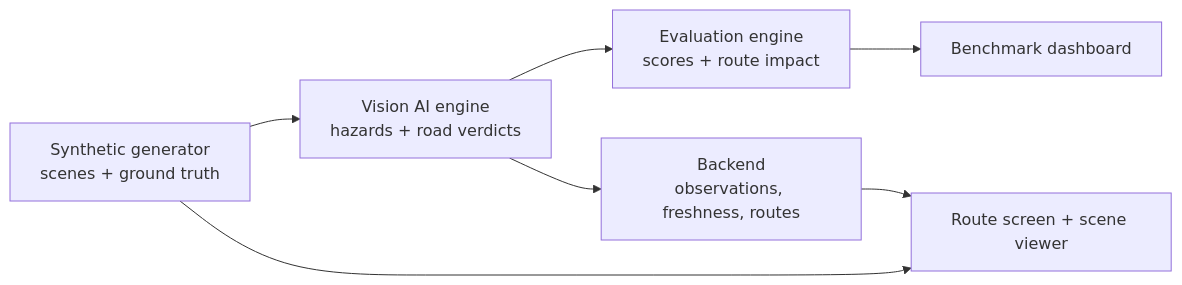
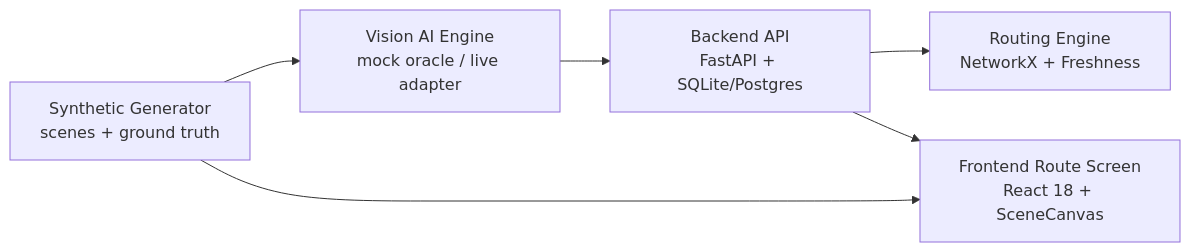
One commit to Rishikesh2298/DisasterLens changed the diagram in README.md. Above: the diagram before and after it, drawn with Mermaid. The commit also changed other lines of this file and 119 other files, not shown here.

Commit message:
feat(backend,routing,frontend): complete Rajneesh implementation phases 1-6

````diff
--- a/README.md
+++ b/README.md
@@ -64,9 +21,8 @@
 ```mermaid
 flowchart LR
-  G[Synthetic generator<br/>scenes + ground truth] --> V[Vision AI engine<br/>hazards + road verdicts]
-  V --> E[Evaluation engine<br/>scores + route impact]
-  E --> D[Benchmark dashboard]
-  V --> B[Backend<br/>observations, freshness, routes]
-  B --> F[Route screen + scene viewer]
+  G[Synthetic Generator<br/>scenes + ground truth] --> V[Vision AI Engine<br/>mock oracle / live adapter]
+  V --> B[Backend API<br/>FastAPI + SQLite/Postgres]
+  B --> R[Routing Engine<br/>NetworkX + Freshness]
+  B --> F[Frontend Route Screen<br/>React 18 + SceneCanvas]
   G --> F
 ```
````
